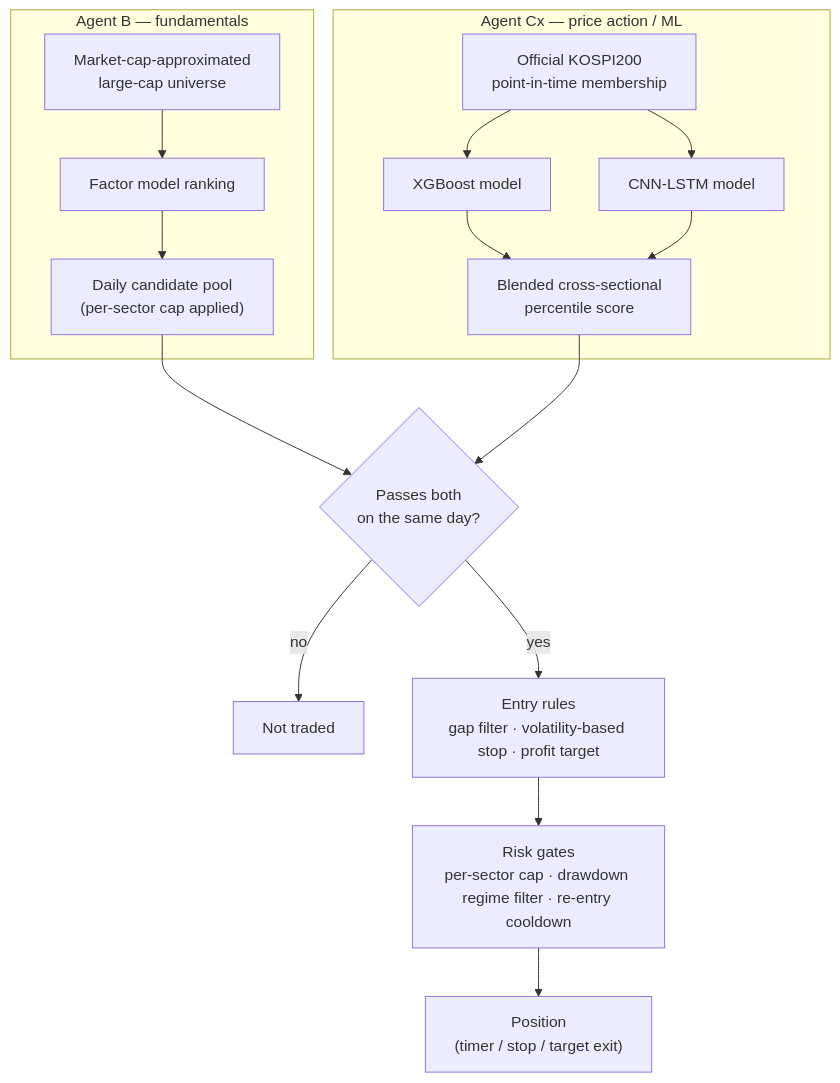
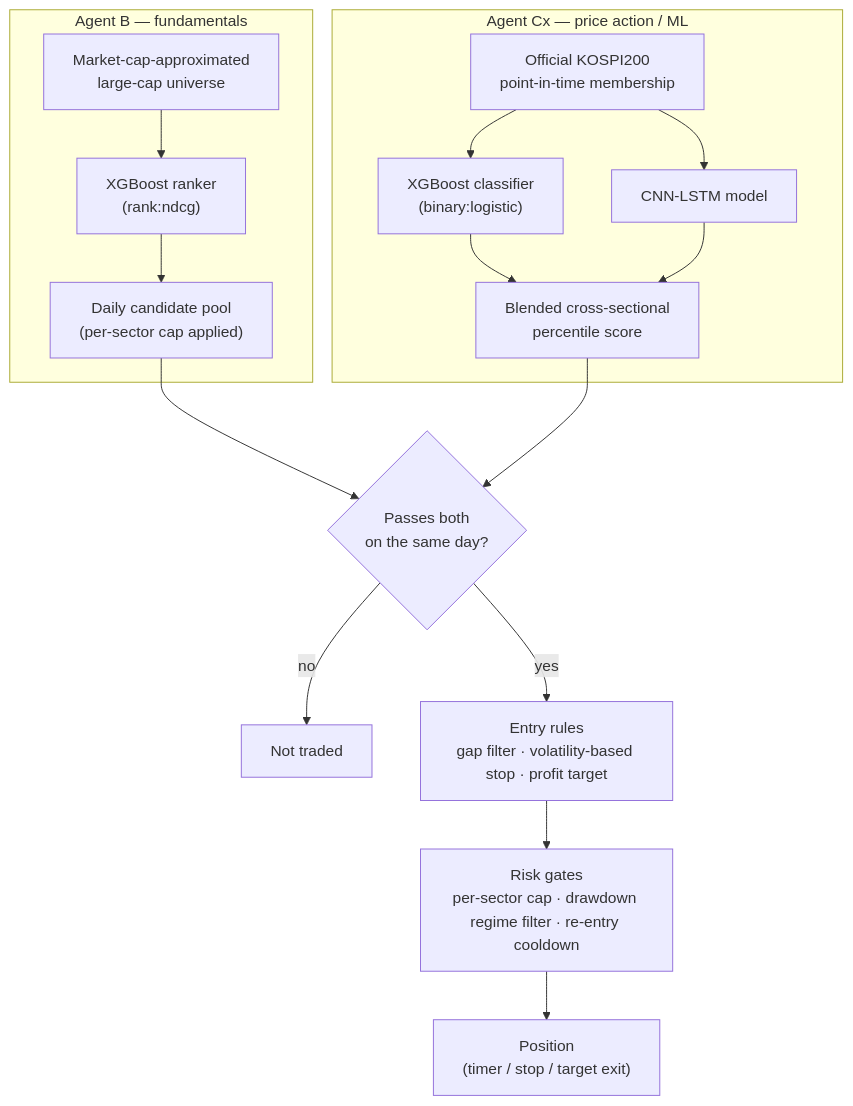
One commit to paul00-post/kr-equity-quant-research changed the diagram in README.md. Above: the diagram before and after it, drawn with Mermaid. The commit also changed other lines of this file, not shown here.

Commit message:
Distinguish Agent B's XGBoost ranker from Agent Cx's XGBoost classifier
Confirmed in the underlying code: Agent B uses xgb.XGBRanker with
rank:ndcg; Agent Cx uses xgb.XGBClassifier with binary:logistic. The
README previously called both just "XGBoost," which was correct but
imprecise. Removed an unsubstantiated "deliberately" claim about why
they differ, since there's no evidence it was an intentional joint
design choice rather than the two agents evolving separately.

````diff
--- a/README.md
+++ b/README.md
@@ -69,21 +69,21 @@
 ```mermaid
 flowchart TD
     subgraph AgentB["Agent B — fundamentals"]
-        B1["Market-cap-approximated<br/>large-cap universe"] --> B2["Factor model ranking"]
+        B1["Market-cap-approximated<br/>large-cap universe"] --> B2["XGBoost ranker<br/>(rank:ndcg)"]
         B2 --> B3["Daily candidate pool<br/>(per-sector cap applied)"]
     end
 
     subgraph AgentCx["Agent Cx — price action / ML"]
-        C1["Official KOSPI200<br/>point-in-time membership"] --> C2["XGBoost model"]
+        C1["Official KOSPI200<br/>point-in-time membership"] --> C2["XGBoost classifier<br/>(binary:logistic)"]
         C1 --> C3["CNN-LSTM model"]
         C2 --> C4["Blended cross-sectional<br/>percentile score"]
         C3 --> C4
     end
 
     B3 --> GATE{"Passes both<br/>on the same day?"}
     C4 --> GATE
     GATE -->|no| SKIP["Not traded"]
     GATE -->|yes| ENTRY["Entry rules<br/>gap filter · volatility-based stop · profit target"]
     ENTRY --> RISK["Risk gates<br/>per-sector cap · drawdown regime filter · re-entry cooldown"]
     RISK --> POS["Position<br/>(timer / stop / target exit)"]
 ```
````
